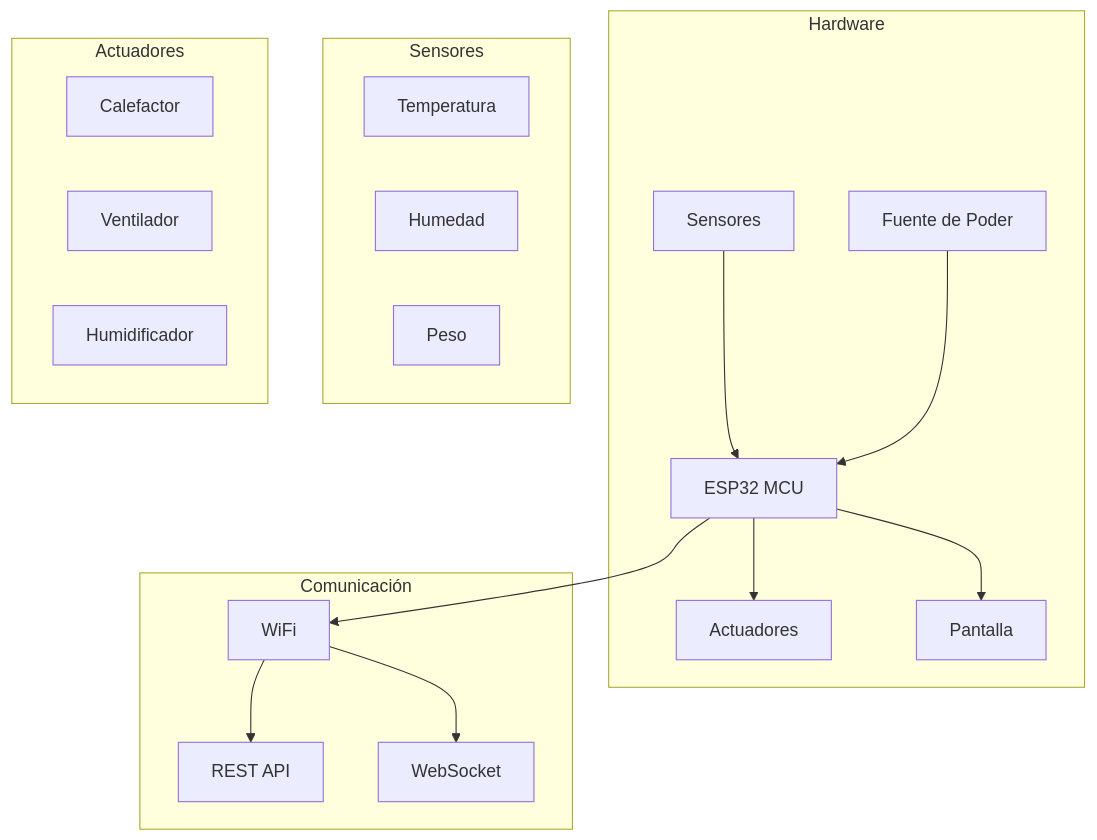
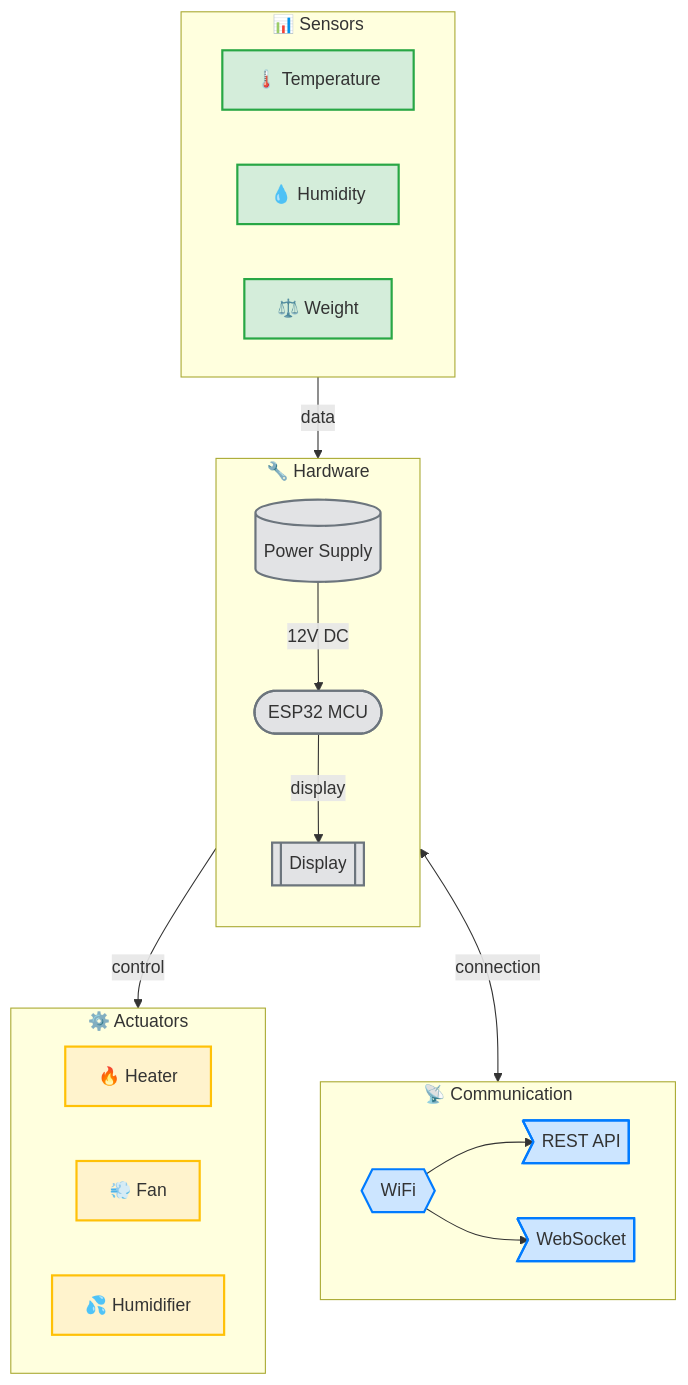
One commit to medicalopenworld/IncuNest-Docs changed the diagram in docs/i18n/en/docusaurus-plugin-content-docs/version-14.12/intro.md. Above: the diagram before and after it, drawn with Mermaid. The commit also changed 4 other files, not shown here.

Commit message:
Update English translations with beautiful mermaid diagrams

````diff
--- a/docs/i18n/en/docusaurus-plugin-content-docs/version-14.12/intro.md
+++ b/docs/i18n/en/docusaurus-plugin-content-docs/version-14.12/intro.md
@@ -70,36 +70,48 @@
 ```mermaid
-flowchart TB
-    subgraph Hardware
-        ESP32[ESP32 MCU]
-        SENSORS[Sensores]
-        ACTUATORS[Actuadores]
-        DISPLAY[Pantalla]
-        POWER[Fuente de Poder]
+graph TB
+    subgraph HW [🔧 Hardware]
+        direction TB
+        ESP32([ESP32 MCU])
+        DISPLAY[[Display]]
+        POWER[(Power Supply)]
     end
     
-    subgraph Sensores
-        TEMP[Temperatura]
-        HUM[Humedad]
-        WEIGHT[Peso]
+    subgraph SENS [📊 Sensors]
+        direction LR
+        TEMP[🌡️ Temperature]
+        HUM[💧 Humidity]
+        WEIGHT[⚖️ Weight]
     end
     
-    subgraph Actuadores
-        HEATER[Calefactor]
-        FAN[Ventilador]
-        HUMIDIFIER[Humidificador]
+    subgraph ACT [⚙️ Actuators]
+        direction LR
+        HEATER[🔥 Heater]
+        FAN[💨 Fan]
+        HUMIDIFIER[💦 Humidifier]
     end
     
-    subgraph Comunicación
-        WIFI[WiFi]
-        API[REST API]
-        WS[WebSocket]
+    subgraph COMM [📡 Communication]
+        direction LR
+        WIFI{{WiFi}}
+        API>REST API]
+        WS>WebSocket]
     end
     
-    SENSORS --> ESP32
-    ESP32 --> ACTUATORS
-    ESP32 --> DISPLAY
-    POWER --> ESP32
-    ESP32 --> WIFI
+    POWER -->|12V DC| ESP32
+    SENS -->|data| ESP32
+    ESP32 -->|control| ACT
+    ESP32 -->|display| DISPLAY
+    ESP32 <-->|connection| WIFI
     WIFI --> API
     WIFI --> WS
+    
+    classDef sensors fill:#d4edda,stroke:#28a745,stroke-width:2px
+    classDef actuators fill:#fff3cd,stroke:#ffc107,stroke-width:2px
+    classDef comm fill:#cce5ff,stroke:#007bff,stroke-width:2px
+    classDef core fill:#e2e3e5,stroke:#6c757d,stroke-width:2px
+    
+    class TEMP,HUM,WEIGHT sensors
+    class HEATER,FAN,HUMIDIFIER actuators
+    class WIFI,API,WS comm
+    class ESP32,DISPLAY,POWER core
 ```
````
